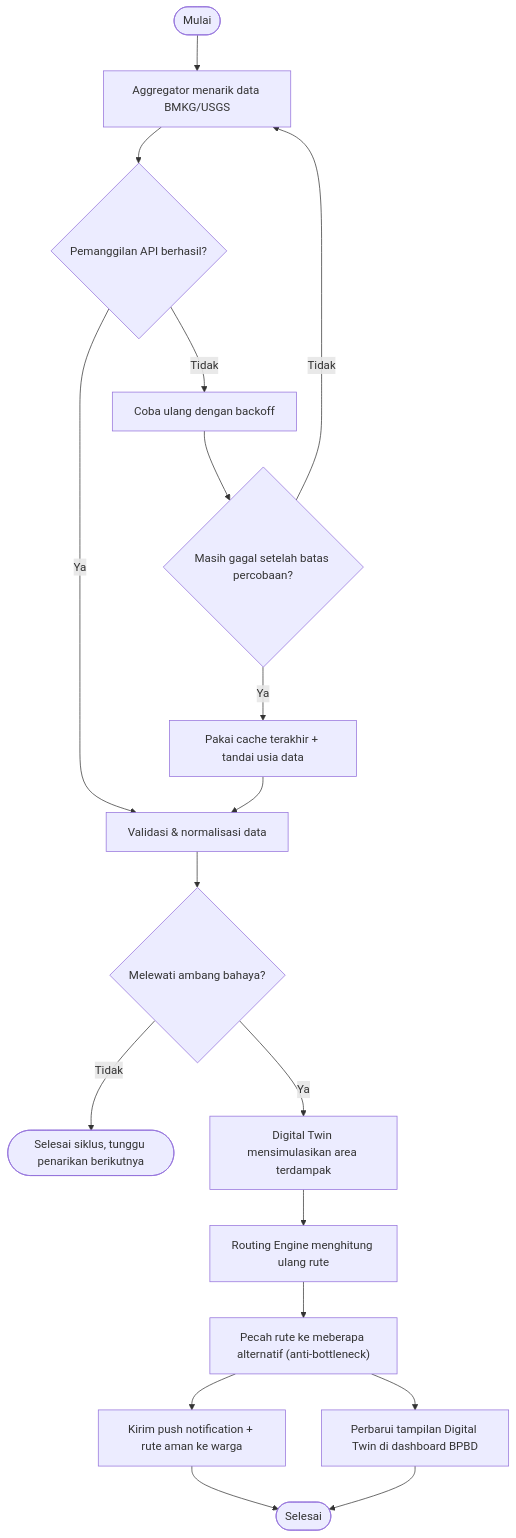
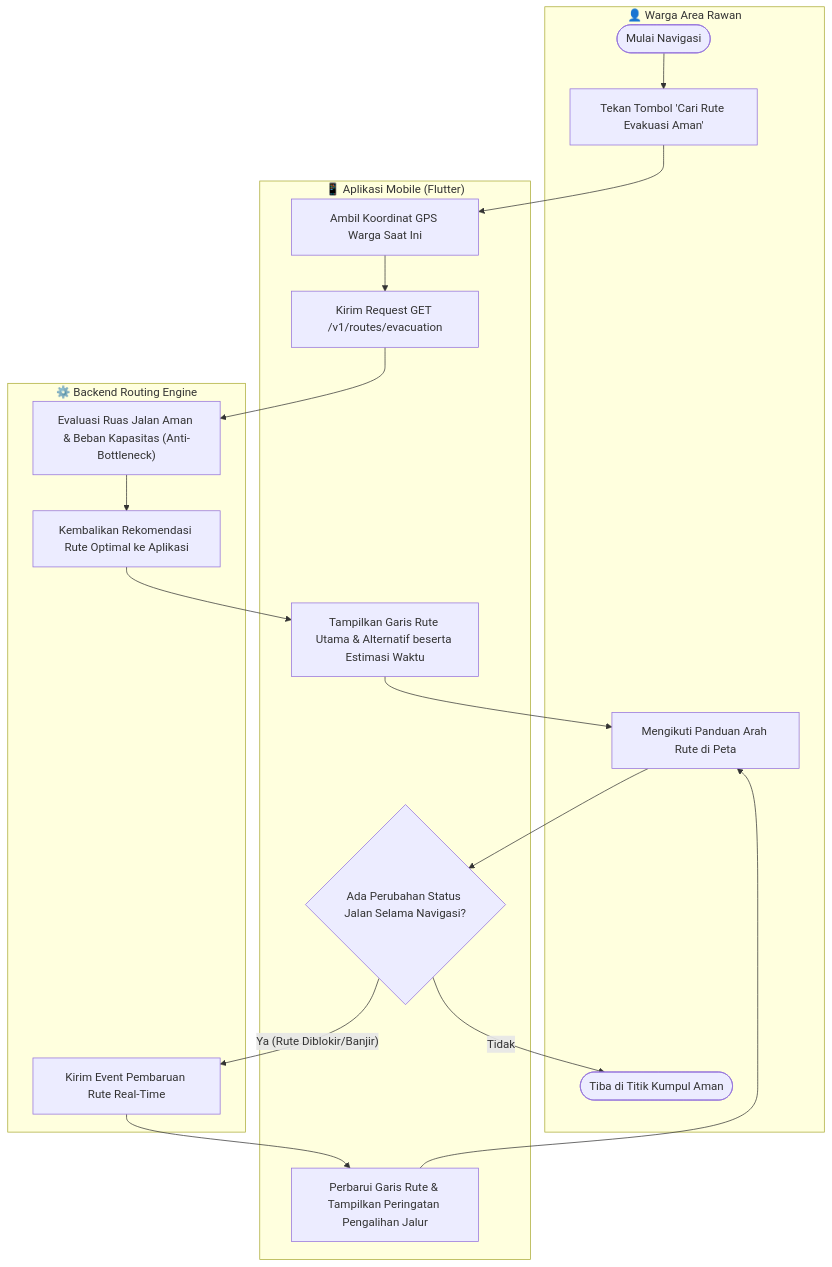
Before and after one commit to RPLUNIT052026/kelompok-2-rpl: the second of 5 diagrams in sprint-1/ACTIVITY-DIAGRAM.md, drawn with Mermaid. The commit also changed other lines of this file, not shown here.

First line of the commit message:
Revise Activity Diagram with Swimlane Structure

````diff
--- a/sprint-1/ACTIVITY-DIAGRAM.md
+++ b/sprint-1/ACTIVITY-DIAGRAM.md
@@ -19,20 +47,34 @@
 ```mermaid
 flowchart TD
-    A([Mulai]) --> B["Aggregator menarik data BMKG/USGS"]
-    B --> C{"Pemanggilan API berhasil?"}
-    C -- "Tidak" --> D["Coba ulang dengan backoff"]
-    D --> E{"Masih gagal setelah batas percobaan?"}
-    E -- "Ya" --> F["Pakai cache terakhir + tandai usia data"]
-    E -- "Tidak" --> B
-    C -- "Ya" --> G["Validasi & normalisasi data"]
-    F --> G
-    G --> H{"Melewati ambang bahaya?"}
-    H -- "Tidak" --> Z([Selesai siklus, tunggu penarikan berikutnya])
-    H -- "Ya" --> I["Digital Twin mensimulasikan area terdampak"]
-    I --> J["Routing Engine menghitung ulang rute"]
-    J --> K["Pecah rute ke meberapa alternatif (anti-bottleneck)"]
-    K --> L["Kirim push notification + rute aman ke warga"]
-    K --> M["Perbarui tampilan Digital Twin di dashboard BPBD"]
-    L --> N([Selesai])
-    M --> N
+    subgraph Warga["👤 Warga Area Rawan"]
+        W1([Mulai Navigasi]) --> W2["Tekan Tombol 'Cari Rute Evakuasi Aman'"]
+        W3["Mengikuti Panduan Arah Rute di Peta"]
+        W4([Tiba di Titik Kumpul Aman])
+    end
+
+    subgraph Mobile["📱 Aplikasi Mobile (Flutter)"]
+        M1["Ambil Koordinat GPS Warga Saat Ini"]
+        M2["Kirim Request GET /v1/routes/evacuation"]
+        M3["Tampilkan Garis Rute Utama & Alternatif beserta Estimasi Waktu"]
+        M4{"Ada Perubahan Status Jalan Selama Navigasi?"}
+        M5["Perbarui Garis Rute & Tampilkan Peringatan Pengalihan Jalur"]
+    end
+
+    subgraph Backend["⚙️ Backend Routing Engine"]
+        B1["Evaluasi Ruas Jalan Aman & Beban Kapasitas (Anti-Bottleneck)"]
+        B2["Kembalikan Rekomendasi Rute Optimal ke Aplikasi"]
+        B3["Kirim Event Pembaruan Rute Real-Time"]
+    end
+
+    W2 --> M1
+    M1 --> M2
+    M2 --> B1
+    B1 --> B2
+    B2 --> M3
+    M3 --> W3
+    W3 --> M4
+    M4 -- "Ya (Rute Diblokir/Banjir)" --> B3
+    B3 --> M5
+    M5 --> W3
+    M4 -- "Tidak" --> W4
 ```
````
